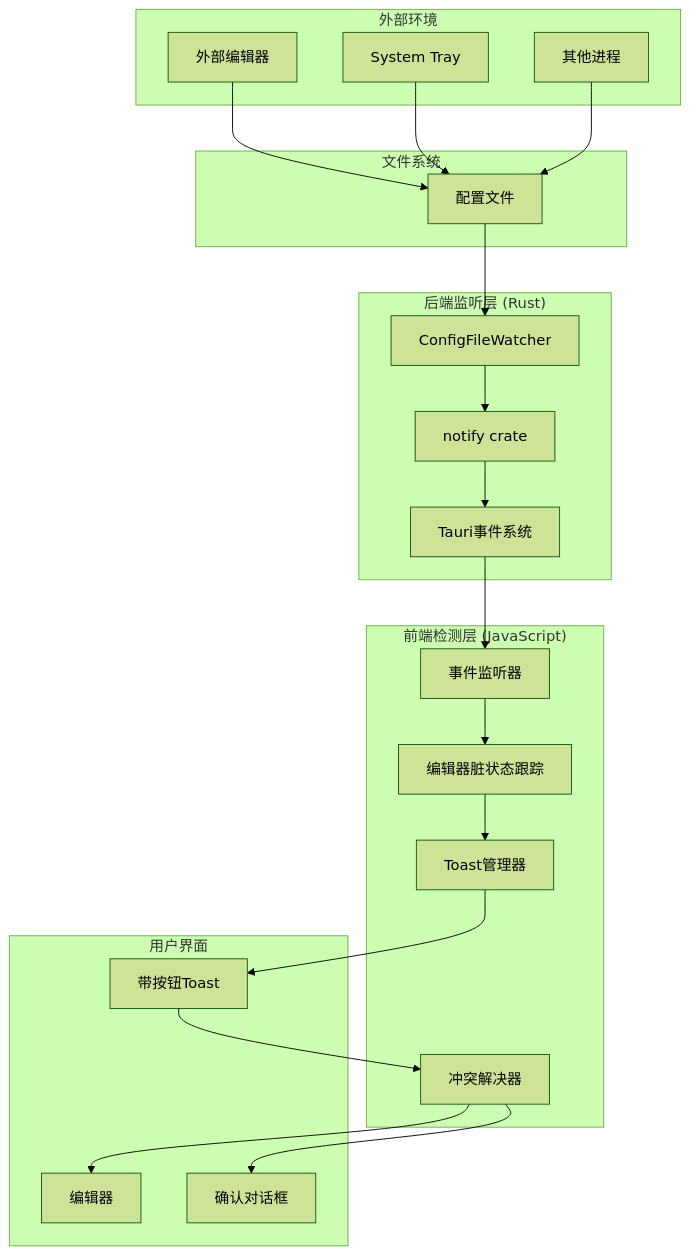
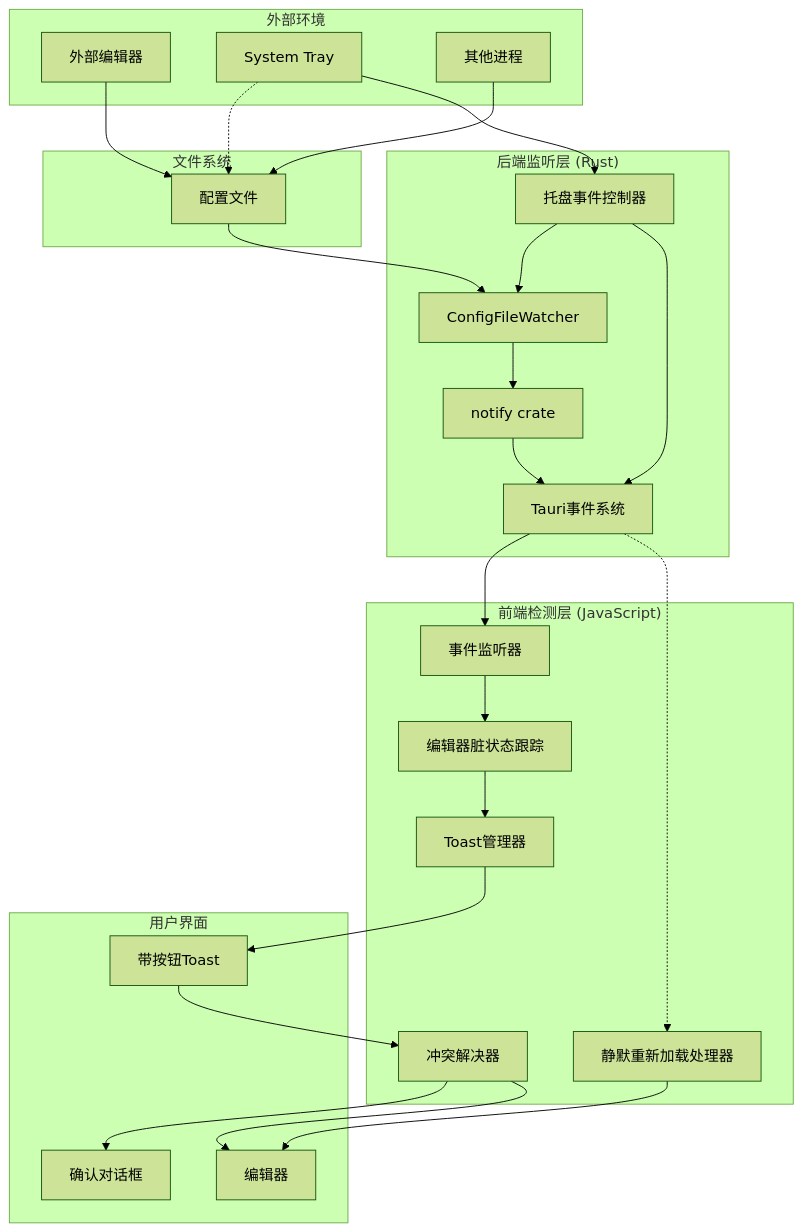
Before and after one commit to ppyyr/SystemPromptVault: the diagram in llmdoc/features/config-file-change-detection.md, drawn with Mermaid (forest theme). The commit also changed other lines of this file and 13 other files, not shown here.

````diff
--- a/llmdoc/features/config-file-change-detection.md
+++ b/llmdoc/features/config-file-change-detection.md
@@ -11,45 +11,55 @@
 ```mermaid
 graph TB
     subgraph "外部环境"
         ExternalEditor[外部编辑器]
         SystemTray[System Tray]
         OtherProcess[其他进程]
     end
 
     subgraph "文件系统"
         ConfigFile[配置文件]
     end
 
     subgraph "后端监听层 (Rust)"
         FileWatcher[ConfigFileWatcher]
         NotifyLib[notify crate]
         TauriEvent[Tauri事件系统]
+        TrayEventController[托盘事件控制器]
     end
 
     subgraph "前端检测层 (JavaScript)"
         EventHandler[事件监听器]
         DirtyTracker[编辑器脏状态跟踪]
         ToastManager[Toast管理器]
+        SilentReloadHandler[静默重新加载处理器]
         ConflictResolver[冲突解决器]
     end
 
     subgraph "用户界面"
         Editor[编辑器]
         ActionToast[带按钮Toast]
         ConfirmDialog[确认对话框]
     end
 
     ExternalEditor --> ConfigFile
-    SystemTray --> ConfigFile
+    SystemTray -.-> ConfigFile
     OtherProcess --> ConfigFile
     ConfigFile --> FileWatcher
     FileWatcher --> NotifyLib
     NotifyLib --> TauriEvent
     TauriEvent --> EventHandler
+
+    SystemTray --> TrayEventController
+    TrayEventController --> FileWatcher
+    TrayEventController --> TauriEvent
+    TauriEvent -.-> SilentReloadHandler
+
     EventHandler --> DirtyTracker
     DirtyTracker --> ToastManager
     ToastManager --> ActionToast
     ActionToast --> ConflictResolver
     ConflictResolver --> ConfirmDialog
     ConflictResolver --> Editor
+
+    SilentReloadHandler --> Editor
 ```
````
